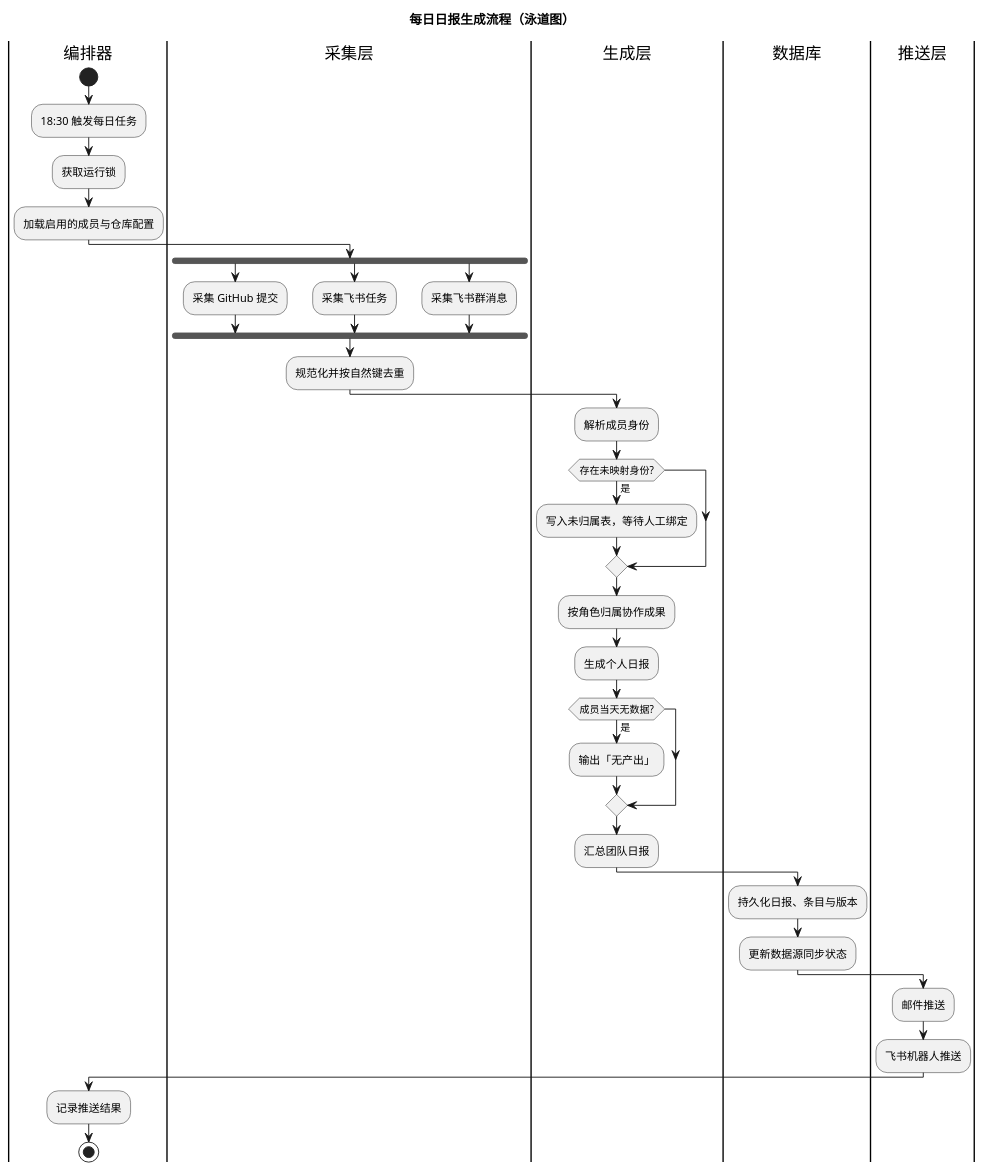
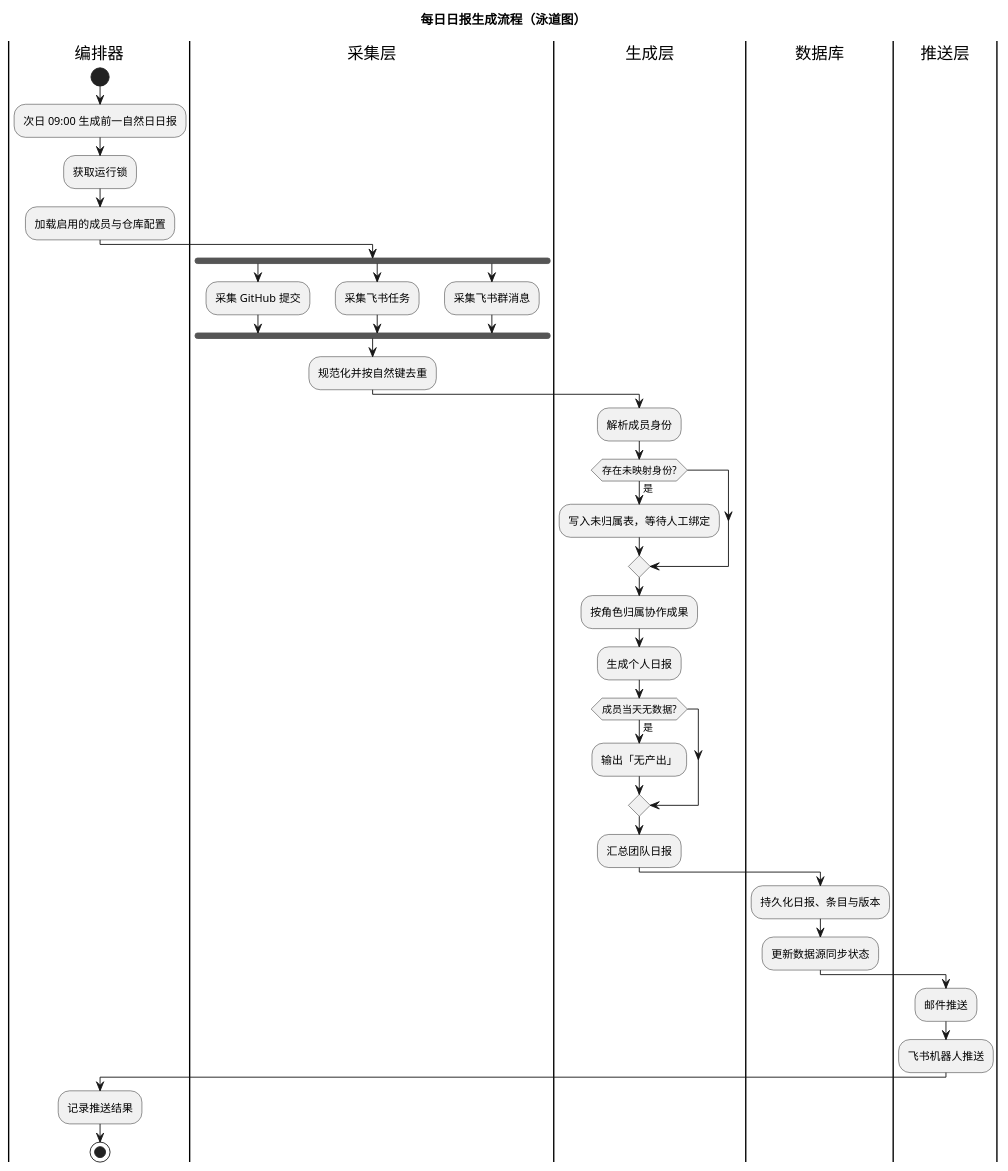
Before and after one commit to lixiyi111/WorkDailyReport: the diagram in v1-sdd/specs/uml/swimlane.puml, drawn with PlantUML. The commit also changed 5 other files, not shown here.

```diff
--- a/v1-sdd/specs/uml/swimlane.puml
+++ b/v1-sdd/specs/uml/swimlane.puml
@@ -1,45 +1,45 @@
 @startuml
 ' 智能日报生成器 · 每日日报生成泳道图
 title 每日日报生成流程（泳道图）
 
 |编排器|
 start
-:18:30 触发每日任务;
+:次日 09:00 生成前一自然日日报;
 :获取运行锁;
 :加载启用的成员与仓库配置;
 
 |采集层|
 fork
   :采集 GitHub 提交;
 fork again
   :采集飞书任务;
 fork again
   :采集飞书群消息;
 end fork
 :规范化并按自然键去重;
 
 |生成层|
 :解析成员身份;
 if (存在未映射身份?) then (是)
   :写入未归属表，等待人工绑定;
 endif
 :按角色归属协作成果;
 :生成个人日报;
 if (成员当天无数据?) then (是)
   :输出「无产出」;
 endif
 :汇总团队日报;
 
 |数据库|
 :持久化日报、条目与版本;
 :更新数据源同步状态;
 
 |推送层|
 :邮件推送;
 :飞书机器人推送;
 
 |编排器|
 :记录推送结果;
 stop
 
 @enduml
```
